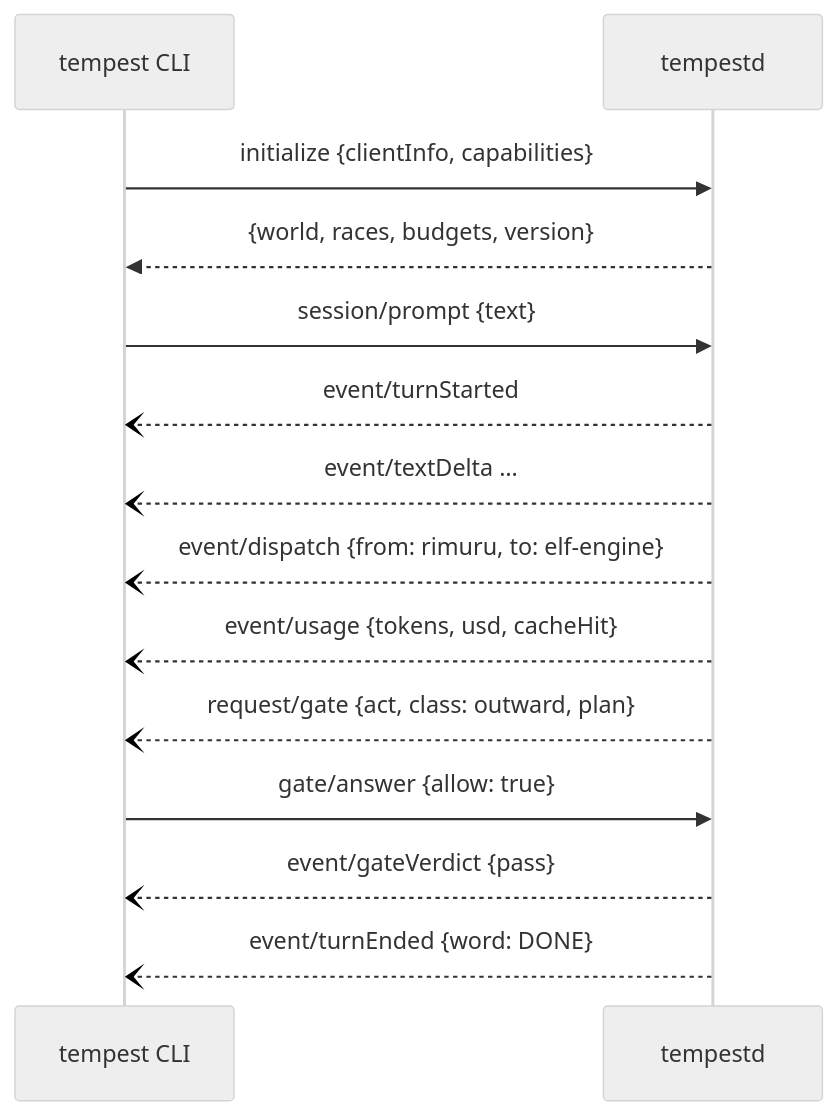
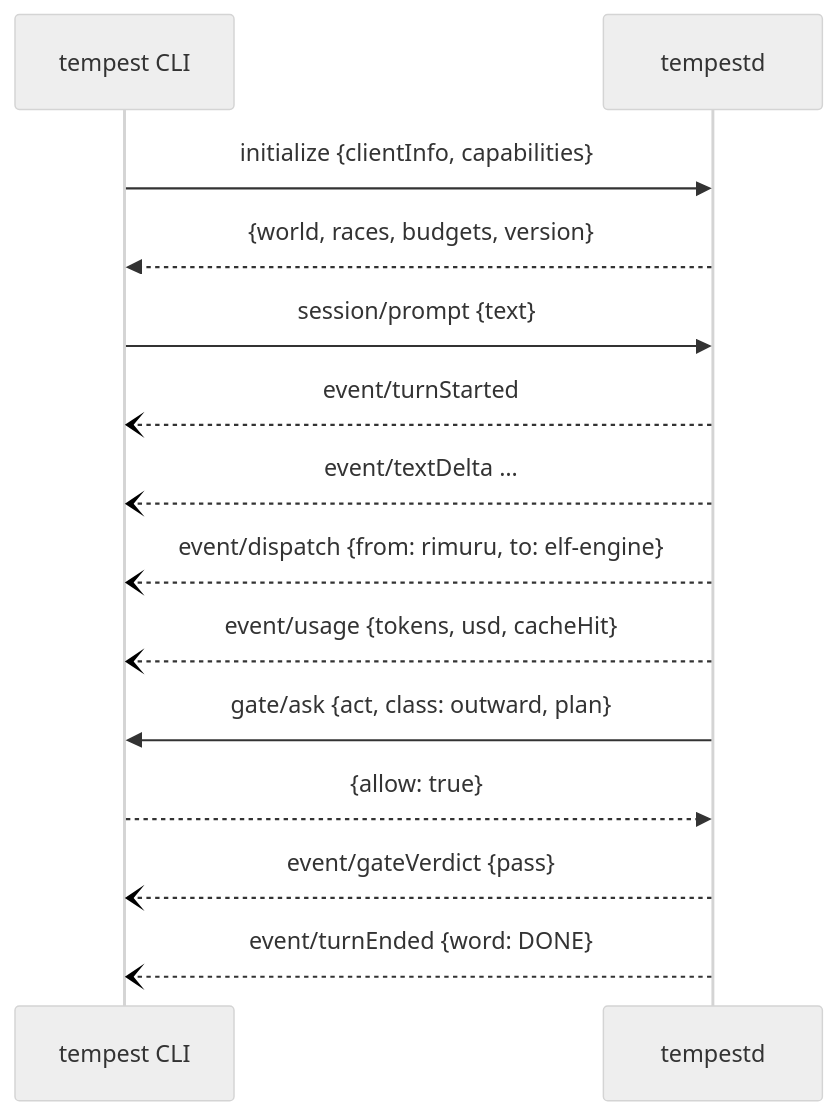
Before and after one commit to Kaginari/mnemorph: the third of 3 diagrams in docs/04-communication.md, drawn with Mermaid. The commit also changed other lines of this file and 10 other files, not shown here.

````diff
--- a/docs/04-communication.md
+++ b/docs/04-communication.md
@@ -126,21 +133,21 @@
 ```mermaid
 ---
 config:
   look: handDrawn
   theme: neutral
 ---
 sequenceDiagram
     participant CLI as tempest CLI
     participant D as tempestd
     CLI->>D: initialize {clientInfo, capabilities}
     D-->>CLI: {world, races, budgets, version}
     CLI->>D: session/prompt {text}
     D--)CLI: event/turnStarted
     D--)CLI: event/textDelta …
     D--)CLI: event/dispatch {from: rimuru, to: elf-engine}
     D--)CLI: event/usage {tokens, usd, cacheHit}
-    D--)CLI: request/gate {act, class: outward, plan}
-    CLI->>D: gate/answer {allow: true}
+    D->>CLI: gate/ask {act, class: outward, plan}
+    CLI-->>D: {allow: true}
     D--)CLI: event/gateVerdict {pass}
     D--)CLI: event/turnEnded {word: DONE}
 ```
````
